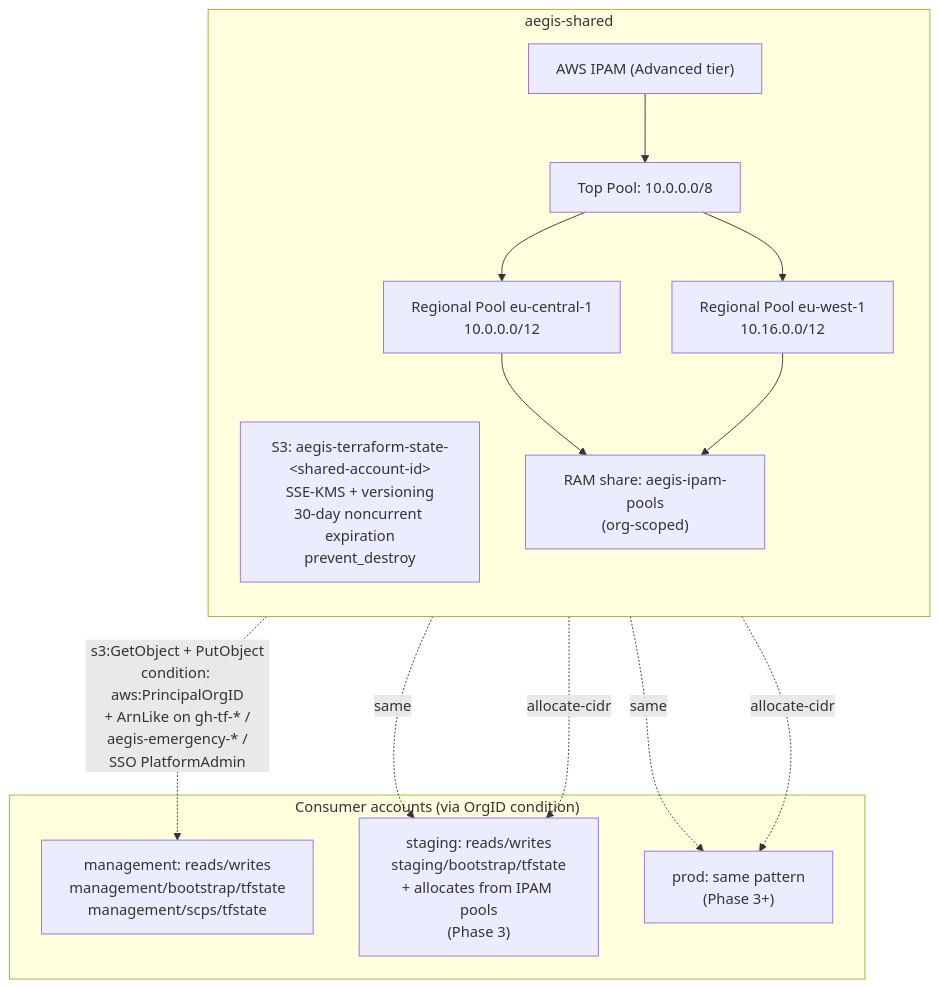
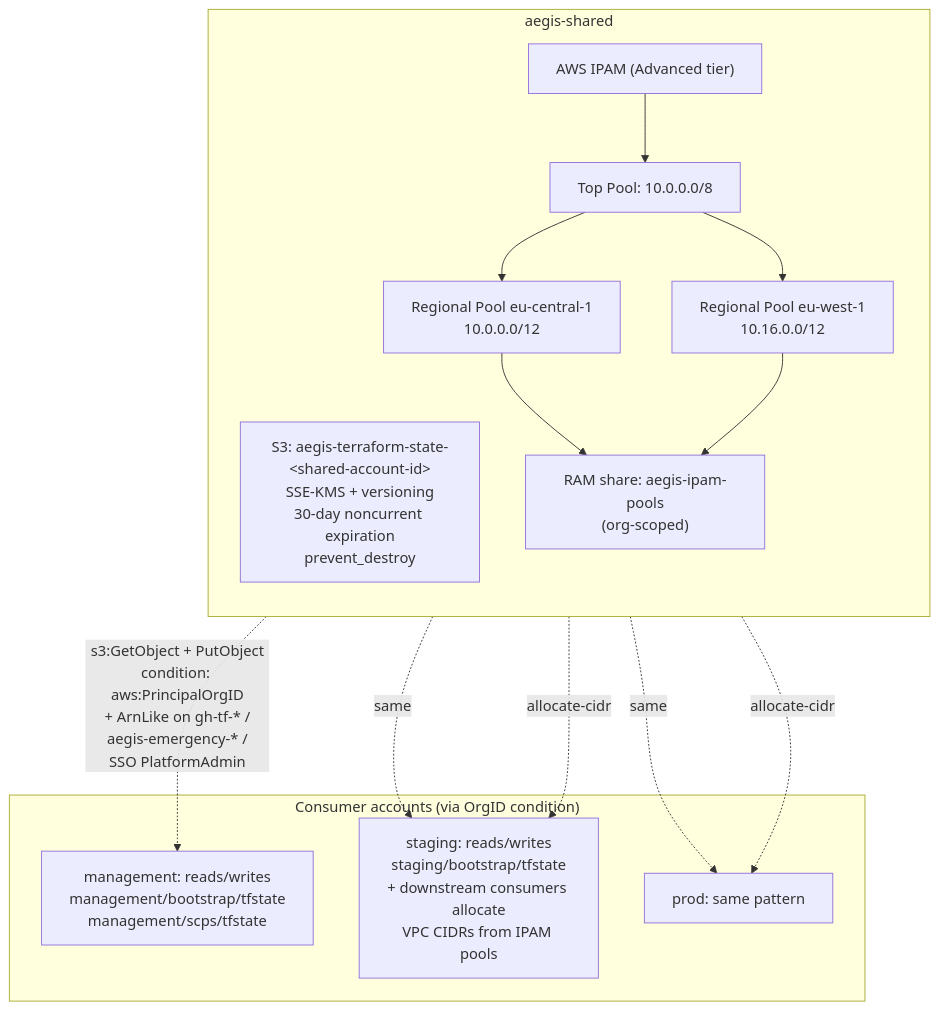
Before and after one commit to BinHsu/aegis-aws-landing-zone: the fourth of 5 diagrams in docs/architecture.md, drawn with Mermaid. The commit also changed other lines of this file and 220 other files, not shown here.

````diff
--- a/docs/architecture.md
+++ b/docs/architecture.md
@@ -130,33 +138,33 @@
 ```mermaid
 flowchart TB
   subgraph shared["aegis-shared"]
     direction TB
 
     bucket["S3: aegis-terraform-state-&lt;shared-account-id&gt;<br/>SSE-KMS + versioning<br/>30-day noncurrent expiration<br/>prevent_destroy"]
 
     ipam["AWS IPAM (Advanced tier)"]
     top["Top Pool: 10.0.0.0/8"]
     primary_pool["Regional Pool eu-central-1<br/>10.0.0.0/12"]
     dr_pool["Regional Pool eu-west-1<br/>10.16.0.0/12"]
 
     ram["RAM share: aegis-ipam-pools<br/>(org-scoped)"]
 
     ipam --> top
     top --> primary_pool
     top --> dr_pool
     primary_pool --> ram
     dr_pool --> ram
   end
 
   subgraph consumers["Consumer accounts (via OrgID condition)"]
     mgmt["management: reads/writes<br/>management/bootstrap/tfstate<br/>management/scps/tfstate"]
-    stg["staging: reads/writes<br/>staging/bootstrap/tfstate<br/>+ allocates from IPAM pools<br/>(Phase 3)"]
-    prd["prod: same pattern<br/>(Phase 3+)"]
+    stg["staging: reads/writes<br/>staging/bootstrap/tfstate<br/>+ downstream consumers allocate<br/>VPC CIDRs from IPAM pools"]
+    prd["prod: same pattern"]
   end
 
   bucket -. s3:GetObject + PutObject<br/>condition: aws:PrincipalOrgID<br/>+ ArnLike on gh-tf-* /<br/>aegis-emergency-* /<br/>SSO PlatformAdmin .-> mgmt
   bucket -. same .-> stg
   bucket -. same .-> prd
   ram -. allocate-cidr .-> stg
   ram -. allocate-cidr .-> prd
 ```
````
